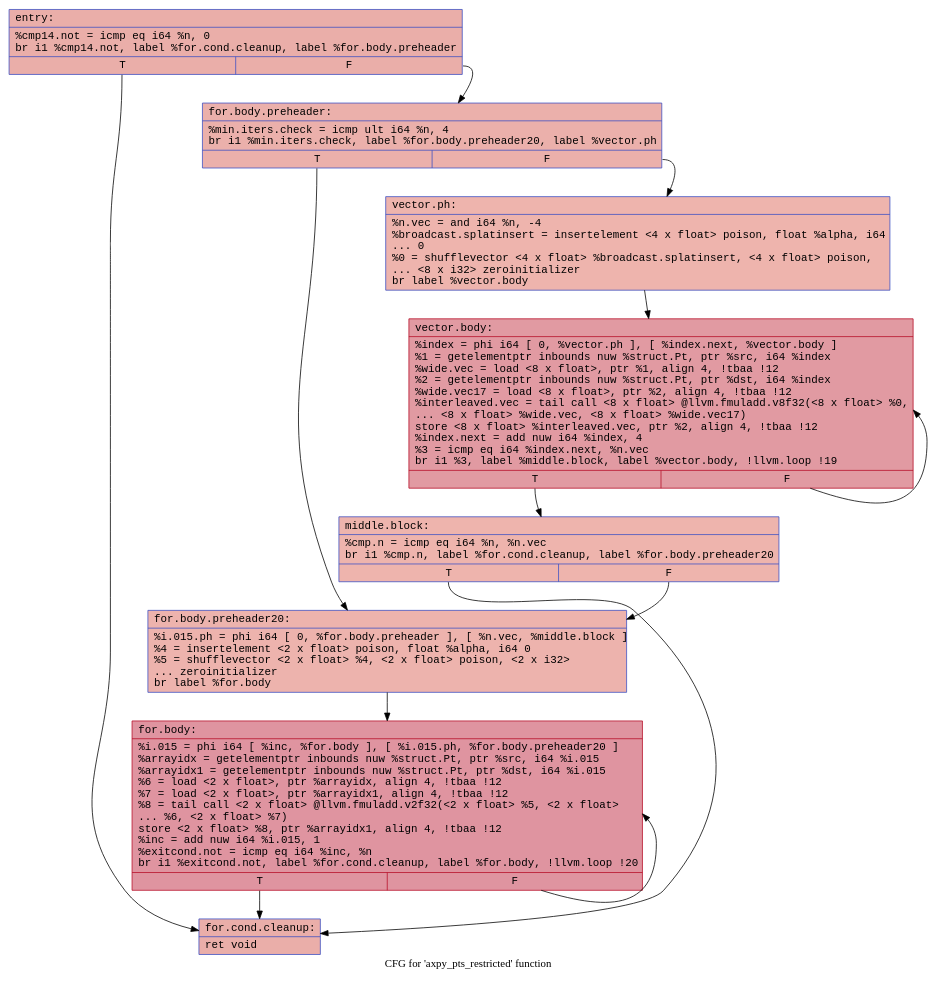
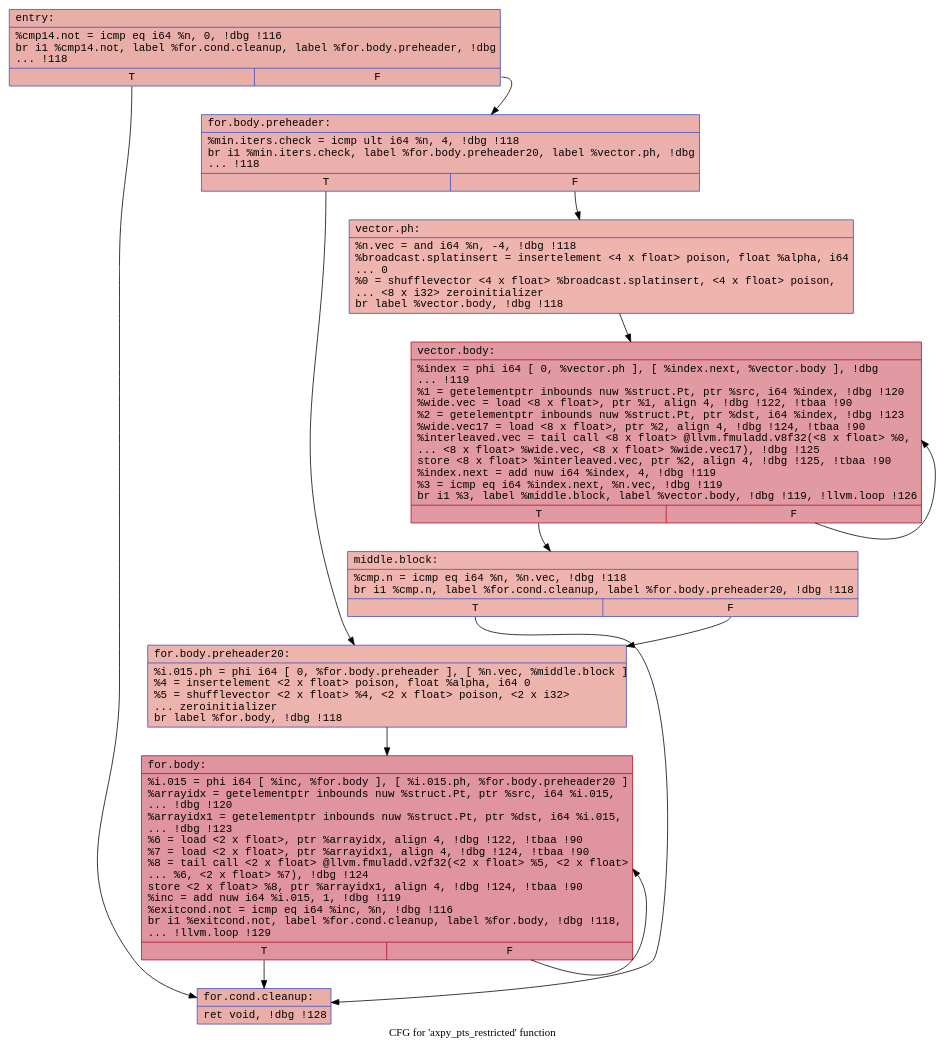
The diagram in csrc/.axpy_pts_restricted.dot (drdavis65/rust-ffi-test), drawn with Graphviz before and after one commit. The commit also changed 19 other files, not shown here.

```diff
--- a/csrc/.axpy_pts_restricted.dot
+++ b/csrc/.axpy_pts_restricted.dot
@@ -1,24 +1,24 @@
 digraph "CFG for 'axpy_pts_restricted' function" {
 	label="CFG for 'axpy_pts_restricted' function";
 
-	Node0x55d2f890fe10 [shape=record,color="#3d50c3ff", style=filled, fillcolor="#d0473d70" fontname="Courier",label="{entry:\l|  %cmp14.not = icmp eq i64 %n, 0\l  br i1 %cmp14.not, label %for.cond.cleanup, label %for.body.preheader\l|{<s0>T|<s1>F}}"];
-	Node0x55d2f890fe10:s0 -> Node0x55d2f890fe70;
-	Node0x55d2f890fe10:s1 -> Node0x55d2f8910010;
-	Node0x55d2f8910010 [shape=record,color="#3d50c3ff", style=filled, fillcolor="#d24b4070" fontname="Courier",label="{for.body.preheader:\l|  %min.iters.check = icmp ult i64 %n, 4\l  br i1 %min.iters.check, label %for.body.preheader20, label %vector.ph\l|{<s0>T|<s1>F}}"];
-	Node0x55d2f8910010:s0 -> Node0x55d2f89100a0;
-	Node0x55d2f8910010:s1 -> Node0x55d2f8910350;
-	Node0x55d2f8910350 [shape=record,color="#3d50c3ff", style=filled, fillcolor="#d8564670" fontname="Courier",label="{vector.ph:\l|  %n.vec = and i64 %n, -4\l  %broadcast.splatinsert = insertelement \<4 x float\> poison, float %alpha, i64\l... 0\l  %0 = shufflevector \<4 x float\> %broadcast.splatinsert, \<4 x float\> poison,\l... \<8 x i32\> zeroinitializer\l  br label %vector.body\l}"];
-	Node0x55d2f8910350 -> Node0x55d2f890a440;
-	Node0x55d2f890a440 [shape=record,color="#b70d28ff", style=filled, fillcolor="#bb1b2c70" fontname="Courier",label="{vector.body:\l|  %index = phi i64 [ 0, %vector.ph ], [ %index.next, %vector.body ]\l  %1 = getelementptr inbounds nuw %struct.Pt, ptr %src, i64 %index\l  %wide.vec = load \<8 x float\>, ptr %1, align 4, !tbaa !12\l  %2 = getelementptr inbounds nuw %struct.Pt, ptr %dst, i64 %index\l  %wide.vec17 = load \<8 x float\>, ptr %2, align 4, !tbaa !12\l  %interleaved.vec = tail call \<8 x float\> @llvm.fmuladd.v8f32(\<8 x float\> %0,\l... \<8 x float\> %wide.vec, \<8 x float\> %wide.vec17)\l  store \<8 x float\> %interleaved.vec, ptr %2, align 4, !tbaa !12\l  %index.next = add nuw i64 %index, 4\l  %3 = icmp eq i64 %index.next, %n.vec\l  br i1 %3, label %middle.block, label %vector.body, !llvm.loop !19\l|{<s0>T|<s1>F}}"];
-	Node0x55d2f890a440:s0 -> Node0x55d2f890a9a0;
-	Node0x55d2f890a440:s1 -> Node0x55d2f890a440;
-	Node0x55d2f890a9a0 [shape=record,color="#3d50c3ff", style=filled, fillcolor="#d8564670" fontname="Courier",label="{middle.block:\l|  %cmp.n = icmp eq i64 %n, %n.vec\l  br i1 %cmp.n, label %for.cond.cleanup, label %for.body.preheader20\l|{<s0>T|<s1>F}}"];
-	Node0x55d2f890a9a0:s0 -> Node0x55d2f890fe70;
-	Node0x55d2f890a9a0:s1 -> Node0x55d2f89100a0;
-	Node0x55d2f89100a0 [shape=record,color="#3d50c3ff", style=filled, fillcolor="#d6524470" fontname="Courier",label="{for.body.preheader20:\l|  %i.015.ph = phi i64 [ 0, %for.body.preheader ], [ %n.vec, %middle.block ]\l  %4 = insertelement \<2 x float\> poison, float %alpha, i64 0\l  %5 = shufflevector \<2 x float\> %4, \<2 x float\> poison, \<2 x i32\>\l... zeroinitializer\l  br label %for.body\l}"];
-	Node0x55d2f89100a0 -> Node0x55d2f8911d80;
-	Node0x55d2f890fe70 [shape=record,color="#3d50c3ff", style=filled, fillcolor="#d0473d70" fontname="Courier",label="{for.cond.cleanup:\l|  ret void\l}"];
-	Node0x55d2f8911d80 [shape=record,color="#b70d28ff", style=filled, fillcolor="#b70d2870" fontname="Courier",label="{for.body:\l|  %i.015 = phi i64 [ %inc, %for.body ], [ %i.015.ph, %for.body.preheader20 ]\l  %arrayidx = getelementptr inbounds nuw %struct.Pt, ptr %src, i64 %i.015\l  %arrayidx1 = getelementptr inbounds nuw %struct.Pt, ptr %dst, i64 %i.015\l  %6 = load \<2 x float\>, ptr %arrayidx, align 4, !tbaa !12\l  %7 = load \<2 x float\>, ptr %arrayidx1, align 4, !tbaa !12\l  %8 = tail call \<2 x float\> @llvm.fmuladd.v2f32(\<2 x float\> %5, \<2 x float\>\l... %6, \<2 x float\> %7)\l  store \<2 x float\> %8, ptr %arrayidx1, align 4, !tbaa !12\l  %inc = add nuw i64 %i.015, 1\l  %exitcond.not = icmp eq i64 %inc, %n\l  br i1 %exitcond.not, label %for.cond.cleanup, label %for.body, !llvm.loop !20\l|{<s0>T|<s1>F}}"];
-	Node0x55d2f8911d80:s0 -> Node0x55d2f890fe70;
-	Node0x55d2f8911d80:s1 -> Node0x55d2f8911d80;
+	Node0x55a173fbaf10 [shape=record,color="#3d50c3ff", style=filled, fillcolor="#d0473d70" fontname="Courier",label="{entry:\l|  %cmp14.not = icmp eq i64 %n, 0, !dbg !116\l  br i1 %cmp14.not, label %for.cond.cleanup, label %for.body.preheader, !dbg\l... !118\l|{<s0>T|<s1>F}}"];
+	Node0x55a173fbaf10:s0 -> Node0x55a173fbaf70;
+	Node0x55a173fbaf10:s1 -> Node0x55a173fbcbc0;
+	Node0x55a173fbcbc0 [shape=record,color="#3d50c3ff", style=filled, fillcolor="#d24b4070" fontname="Courier",label="{for.body.preheader:\l|  %min.iters.check = icmp ult i64 %n, 4, !dbg !118\l  br i1 %min.iters.check, label %for.body.preheader20, label %vector.ph, !dbg\l... !118\l|{<s0>T|<s1>F}}"];
+	Node0x55a173fbcbc0:s0 -> Node0x55a173fbcc50;
+	Node0x55a173fbcbc0:s1 -> Node0x55a173fb12f0;
+	Node0x55a173fb12f0 [shape=record,color="#3d50c3ff", style=filled, fillcolor="#d8564670" fontname="Courier",label="{vector.ph:\l|  %n.vec = and i64 %n, -4, !dbg !118\l  %broadcast.splatinsert = insertelement \<4 x float\> poison, float %alpha, i64\l... 0\l  %0 = shufflevector \<4 x float\> %broadcast.splatinsert, \<4 x float\> poison,\l... \<8 x i32\> zeroinitializer\l  br label %vector.body, !dbg !118\l}"];
+	Node0x55a173fb12f0 -> Node0x55a173fb1350;
+	Node0x55a173fb1350 [shape=record,color="#b70d28ff", style=filled, fillcolor="#bb1b2c70" fontname="Courier",label="{vector.body:\l|  %index = phi i64 [ 0, %vector.ph ], [ %index.next, %vector.body ], !dbg\l... !119\l  %1 = getelementptr inbounds nuw %struct.Pt, ptr %src, i64 %index, !dbg !120\l  %wide.vec = load \<8 x float\>, ptr %1, align 4, !dbg !122, !tbaa !90\l  %2 = getelementptr inbounds nuw %struct.Pt, ptr %dst, i64 %index, !dbg !123\l  %wide.vec17 = load \<8 x float\>, ptr %2, align 4, !dbg !124, !tbaa !90\l  %interleaved.vec = tail call \<8 x float\> @llvm.fmuladd.v8f32(\<8 x float\> %0,\l... \<8 x float\> %wide.vec, \<8 x float\> %wide.vec17), !dbg !125\l  store \<8 x float\> %interleaved.vec, ptr %2, align 4, !dbg !125, !tbaa !90\l  %index.next = add nuw i64 %index, 4, !dbg !119\l  %3 = icmp eq i64 %index.next, %n.vec, !dbg !119\l  br i1 %3, label %middle.block, label %vector.body, !dbg !119, !llvm.loop !126\l|{<s0>T|<s1>F}}"];
+	Node0x55a173fb1350:s0 -> Node0x55a173fb18b0;
+	Node0x55a173fb1350:s1 -> Node0x55a173fb1350;
+	Node0x55a173fb18b0 [shape=record,color="#3d50c3ff", style=filled, fillcolor="#d8564670" fontname="Courier",label="{middle.block:\l|  %cmp.n = icmp eq i64 %n, %n.vec, !dbg !118\l  br i1 %cmp.n, label %for.cond.cleanup, label %for.body.preheader20, !dbg !118\l|{<s0>T|<s1>F}}"];
+	Node0x55a173fb18b0:s0 -> Node0x55a173fbaf70;
+	Node0x55a173fb18b0:s1 -> Node0x55a173fbcc50;
+	Node0x55a173fbcc50 [shape=record,color="#3d50c3ff", style=filled, fillcolor="#d6524470" fontname="Courier",label="{for.body.preheader20:\l|  %i.015.ph = phi i64 [ 0, %for.body.preheader ], [ %n.vec, %middle.block ]\l  %4 = insertelement \<2 x float\> poison, float %alpha, i64 0\l  %5 = shufflevector \<2 x float\> %4, \<2 x float\> poison, \<2 x i32\>\l... zeroinitializer\l  br label %for.body, !dbg !118\l}"];
+	Node0x55a173fbcc50 -> Node0x55a173fc0430;
+	Node0x55a173fbaf70 [shape=record,color="#3d50c3ff", style=filled, fillcolor="#d0473d70" fontname="Courier",label="{for.cond.cleanup:\l|  ret void, !dbg !128\l}"];
+	Node0x55a173fc0430 [shape=record,color="#b70d28ff", style=filled, fillcolor="#b70d2870" fontname="Courier",label="{for.body:\l|  %i.015 = phi i64 [ %inc, %for.body ], [ %i.015.ph, %for.body.preheader20 ]\l  %arrayidx = getelementptr inbounds nuw %struct.Pt, ptr %src, i64 %i.015,\l... !dbg !120\l  %arrayidx1 = getelementptr inbounds nuw %struct.Pt, ptr %dst, i64 %i.015,\l... !dbg !123\l  %6 = load \<2 x float\>, ptr %arrayidx, align 4, !dbg !122, !tbaa !90\l  %7 = load \<2 x float\>, ptr %arrayidx1, align 4, !dbg !124, !tbaa !90\l  %8 = tail call \<2 x float\> @llvm.fmuladd.v2f32(\<2 x float\> %5, \<2 x float\>\l... %6, \<2 x float\> %7), !dbg !124\l  store \<2 x float\> %8, ptr %arrayidx1, align 4, !dbg !124, !tbaa !90\l  %inc = add nuw i64 %i.015, 1, !dbg !119\l  %exitcond.not = icmp eq i64 %inc, %n, !dbg !116\l  br i1 %exitcond.not, label %for.cond.cleanup, label %for.body, !dbg !118,\l... !llvm.loop !129\l|{<s0>T|<s1>F}}"];
+	Node0x55a173fc0430:s0 -> Node0x55a173fbaf70;
+	Node0x55a173fc0430:s1 -> Node0x55a173fc0430;
 }
```
